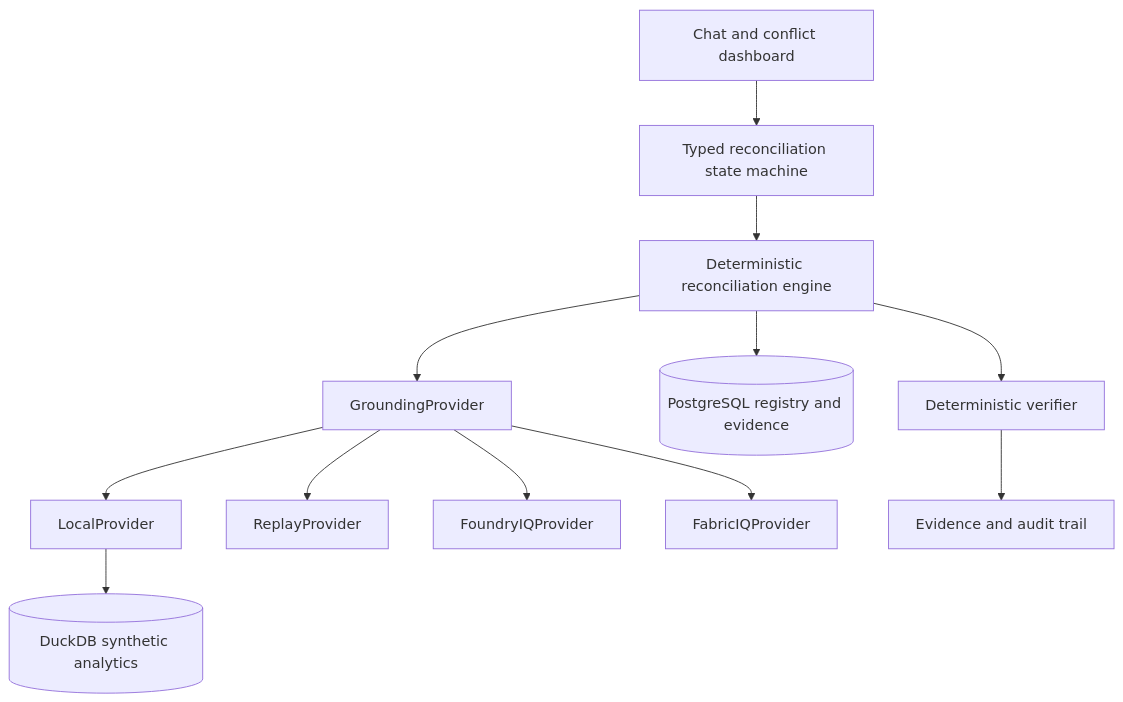
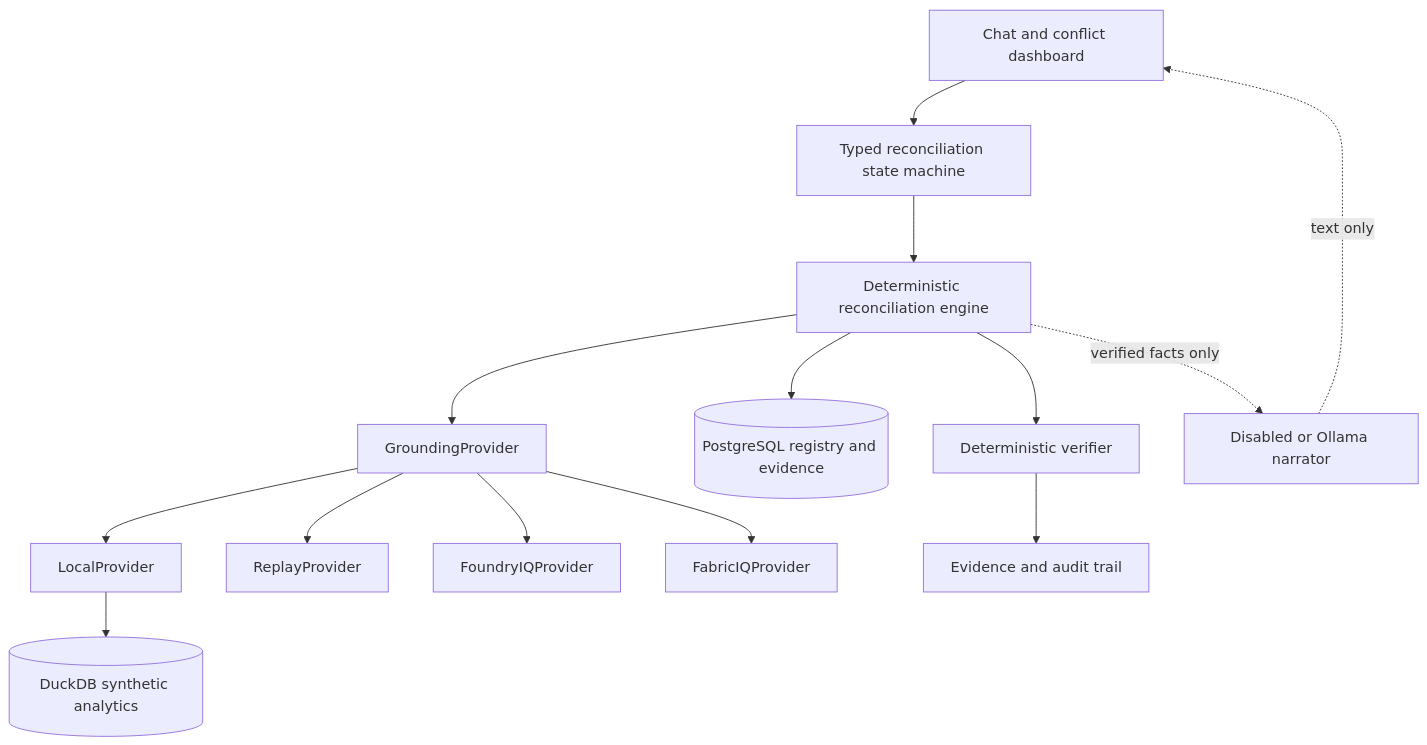
The diagram in README.md (karimbaidar/concordIQ), drawn with Mermaid before and after one commit. The commit also changed other lines of this file and 28 other files, not shown here.

````diff
--- a/README.md
+++ b/README.md
@@ -133,14 +134,16 @@
 ```mermaid
 flowchart TD
     UI["Chat and conflict dashboard"] --> DAG["Typed reconciliation state machine"]
     DAG --> ENGINE["Deterministic reconciliation engine"]
     ENGINE --> GROUNDING["GroundingProvider"]
     GROUNDING --> LOCAL["LocalProvider"]
     GROUNDING --> REPLAY["ReplayProvider"]
     GROUNDING --> FOUNDRY["FoundryIQProvider"]
     GROUNDING --> FABRIC["FabricIQProvider"]
     LOCAL --> DUCKDB[("DuckDB synthetic analytics")]
     ENGINE --> POSTGRES[("PostgreSQL registry and evidence")]
     ENGINE --> VERIFY["Deterministic verifier"]
     VERIFY --> AUDIT["Evidence and audit trail"]
+    ENGINE -. "verified facts only" .-> LLM["Disabled or Ollama narrator"]
+    LLM -. "text only" .-> UI
 ```
````
